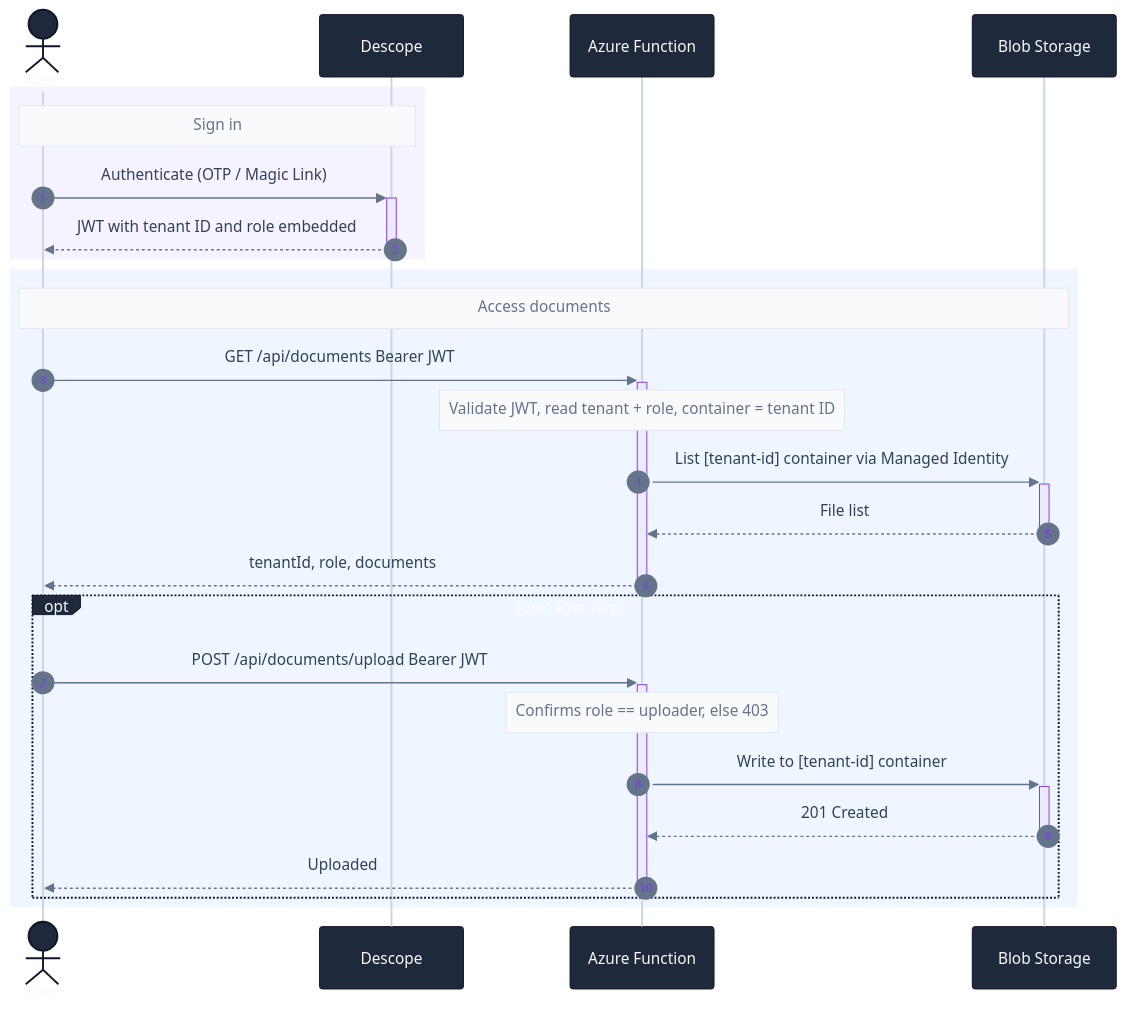
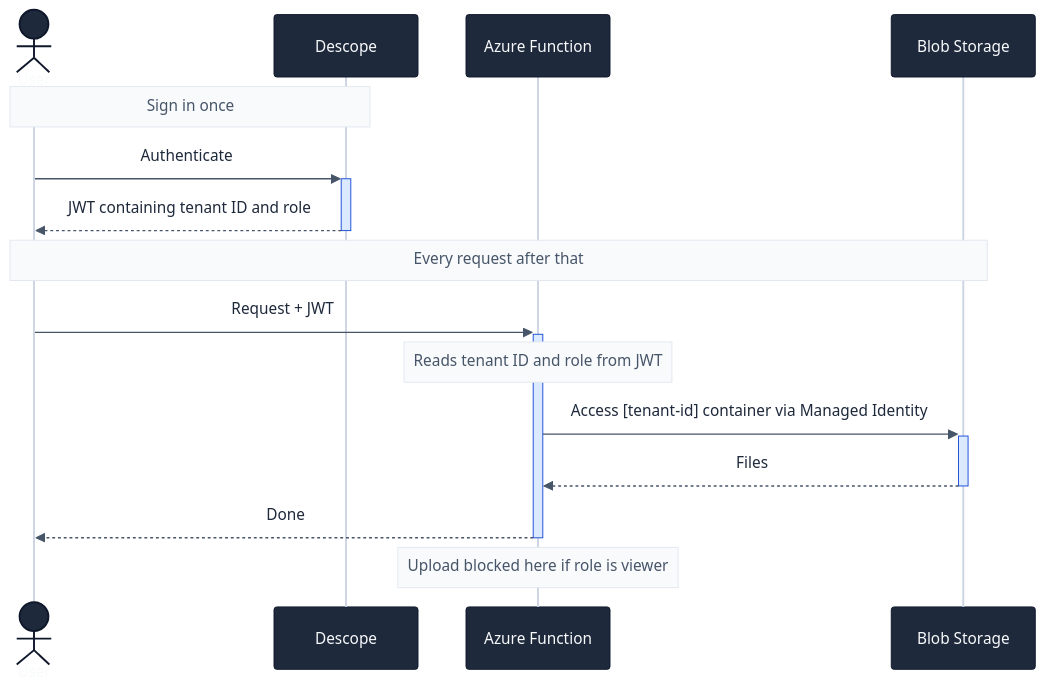
The third of 3 diagrams in docs/architecture.md (stevenbarash/descope-azure-blob-rbac-demo), drawn with Mermaid before and after one commit. The commit also changed other lines of this file and 2 other files, not shown here.

First line of the commit message:
docs: simplify architecture diagrams — lead with the key insight

````diff
--- a/docs/architecture.md
+++ b/docs/architecture.md
@@ -85,32 +92,21 @@
 ```mermaid
-%%{init: {'theme': 'base', 'themeVariables': {'actorBkg': '#1e293b', 'actorBorder': '#0f172a', 'actorTextColor': '#f8fafc', 'actorLineColor': '#cbd5e1', 'signalColor': '#64748b', 'signalTextColor': '#334155', 'noteBkgColor': '#f8fafc', 'noteBorderColor': '#e2e8f0', 'noteTextColor': '#64748b', 'activationBkgColor': '#ede9fe', 'activationBorderColor': '#7c3aed', 'sequenceNumberColor': '#7c3aed'}}}%%
+%%{init: {'theme': 'base', 'themeVariables': {'actorBkg': '#1e293b', 'actorBorder': '#0f172a', 'actorTextColor': '#f8fafc', 'actorLineColor': '#cbd5e1', 'signalColor': '#475569', 'signalTextColor': '#1e293b', 'noteBkgColor': '#f8fafc', 'noteBorderColor': '#e2e8f0', 'noteTextColor': '#475569', 'activationBkgColor': '#dbeafe', 'activationBorderColor': '#1d4ed8'}}}%%
 sequenceDiagram
-    autonumber
     actor User
-    participant Descope as Descope
-    participant Func as Azure Function
-    participant Blob as Blob Storage
+    participant D as Descope
+    participant F as Azure Function
+    participant B as Blob Storage
 
-    rect rgb(245, 243, 255)
-        Note over User,Descope: Sign in
-        User->>+Descope: Authenticate (OTP / Magic Link)
-        Descope-->>-User: JWT with tenant ID and role embedded
-    end
+    Note over User,D: Sign in once
+    User->>+D: Authenticate
+    D-->>-User: JWT containing tenant ID and role
 
-    rect rgb(239, 246, 255)
-        Note over User,Blob: Access documents
-        User->>+Func: GET /api/documents  Bearer JWT
-        Note over Func: Validate JWT, read tenant + role, container = tenant ID
-        Func->>+Blob: List [tenant-id] container via Managed Identity
-        Blob-->>-Func: File list
-        Func-->>-User: tenantId, role, documents
+    Note over User,B: Every request after that
+    User->>+F: Request + JWT
+    Note over F: Reads tenant ID and role from JWT
+    F->>+B: Access [tenant-id] container via Managed Identity
+    B-->>-F: Files
+    F-->>-User: Done
 
-        opt uploader role
-            User->>+Func: POST /api/documents/upload  Bearer JWT
-            Note over Func: Confirms role == uploader, else 403
-            Func->>+Blob: Write to [tenant-id] container
-            Blob-->>-Func: 201 Created
-            Func-->>-User: Uploaded
-        end
-    end
+    Note over F: Upload blocked here if role is viewer
 ```
````
